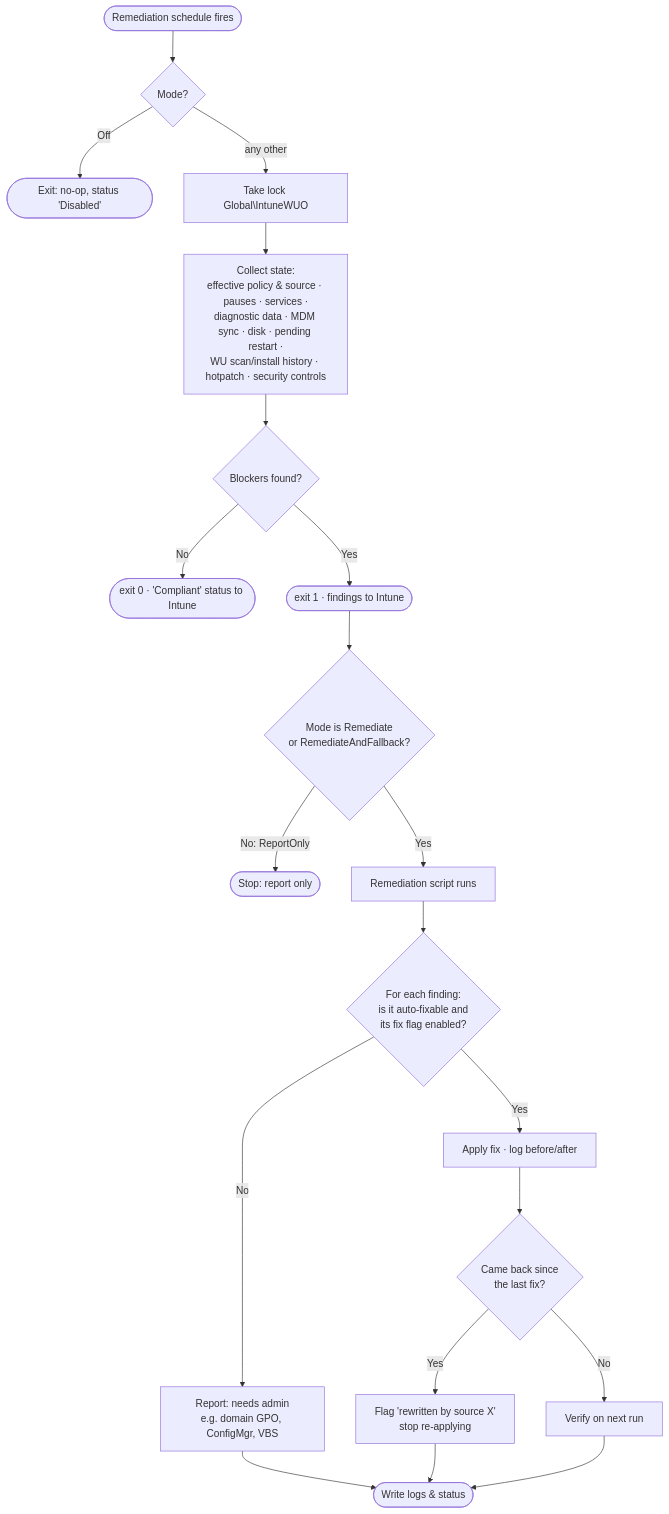
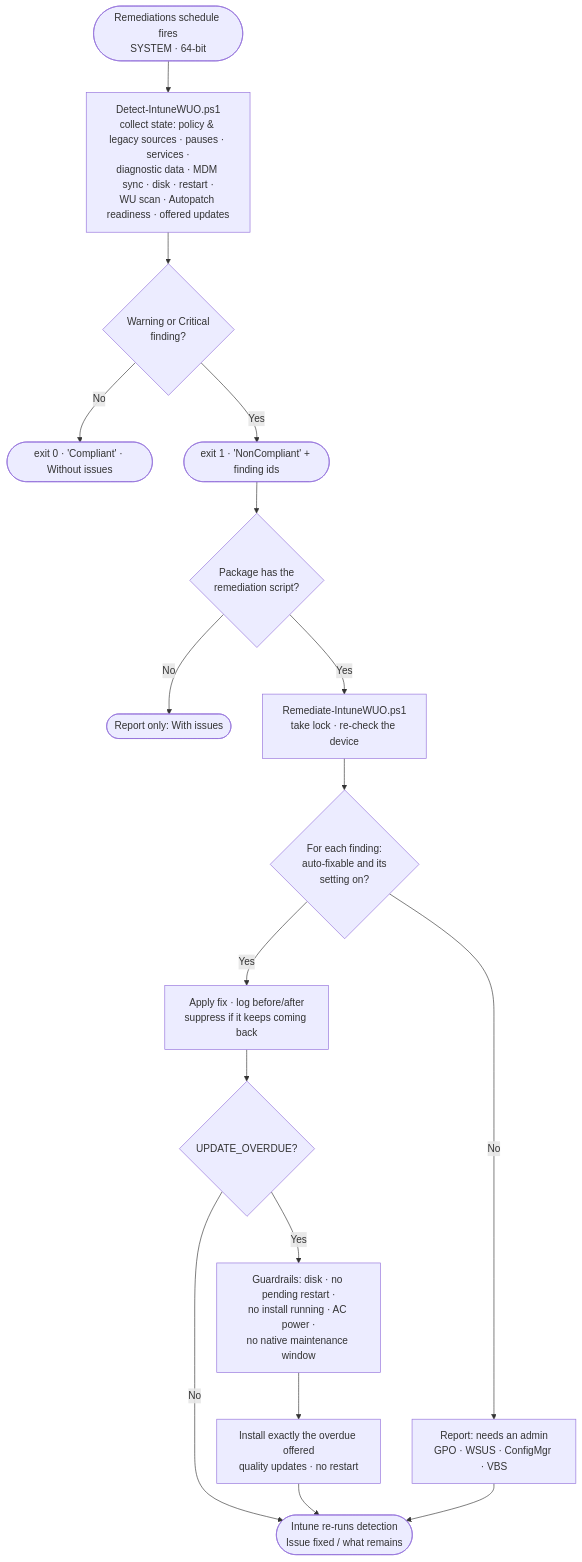
Before and after one commit to bmrepository/Intune-WUOP: the first of 2 diagrams in README.md, drawn with Mermaid. The commit also changed other lines of this file and 6 other files, not shown here.

First line of the commit message:
Document the standalone Remediations package as the recommended deployment

````diff
--- a/README.md
+++ b/README.md
@@ -193,22 +137,19 @@
 ```mermaid
 flowchart TD
-  A([Remediation schedule fires]) --> B{Mode?}
-  B -- Off --> Z([Exit: no-op, status 'Disabled'])
-  B -- any other --> C[Take lock Global\IntuneWUO]
-  C --> D[Collect state:<br/>effective policy & source · pauses · services ·<br/>diagnostic data · MDM sync · disk · pending restart ·<br/>WU scan/install history · hotpatch · security controls]
-  D --> E{Blockers found?}
-  E -- No --> F([exit 0 · 'Compliant' status to Intune])
-  E -- Yes --> G([exit 1 · findings to Intune])
-  G --> H{Mode is Remediate<br/>or RemediateAndFallback?}
-  H -- No: ReportOnly --> Y([Stop: report only])
-  H -- Yes --> I[Remediation script runs]
-  I --> J{For each finding:<br/>is it auto-fixable and<br/>its fix flag enabled?}
-  J -- No --> K[Report: needs admin<br/>e.g. domain GPO, ConfigMgr, VBS]
-  J -- Yes --> L[Apply fix · log before/after]
-  L --> M{Came back since<br/>the last fix?}
-  M -- Yes --> N[Flag 'rewritten by source X'<br/>stop re-applying]
-  M -- No --> O[Verify on next run]
-  K --> P([Write logs & status])
-  N --> P
-  O --> P
+  A([Remediations schedule fires<br/>SYSTEM · 64-bit]) --> B[Detect-IntuneWUO.ps1<br/>collect state: policy & legacy sources · pauses · services ·<br/>diagnostic data · MDM sync · disk · restart ·<br/>WU scan · Autopatch readiness · offered updates]
+  B --> C{Warning or Critical<br/>finding?}
+  C -- No --> D([exit 0 · 'Compliant' · Without issues])
+  C -- Yes --> E([exit 1 · 'NonCompliant' + finding ids])
+  E --> F{Package has the<br/>remediation script?}
+  F -- No --> G([Report only: With issues])
+  F -- Yes --> H[Remediate-IntuneWUO.ps1<br/>take lock · re-check the device]
+  H --> I{For each finding:<br/>auto-fixable and its<br/>setting on?}
+  I -- No --> J[Report: needs an admin<br/>GPO · WSUS · ConfigMgr · VBS]
+  I -- Yes --> K[Apply fix · log before/after<br/>suppress if it keeps coming back]
+  K --> L{UPDATE_OVERDUE?}
+  L -- Yes --> M[Guardrails: disk · no pending restart ·<br/>no install running · AC power ·<br/>no native maintenance window]
+  M --> N[Install exactly the overdue offered<br/>quality updates · no restart]
+  L -- No --> O
+  N --> O([Intune re-runs detection<br/>Issue fixed / what remains])
+  J --> O
 ```
````
